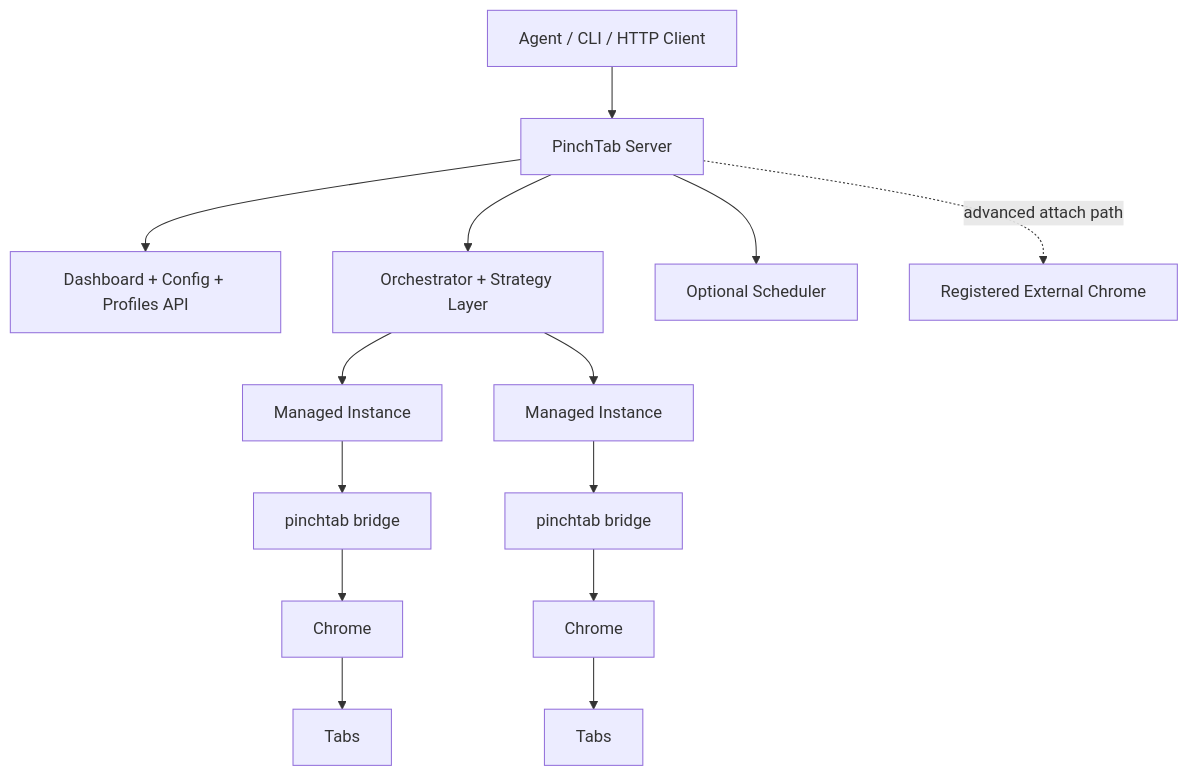
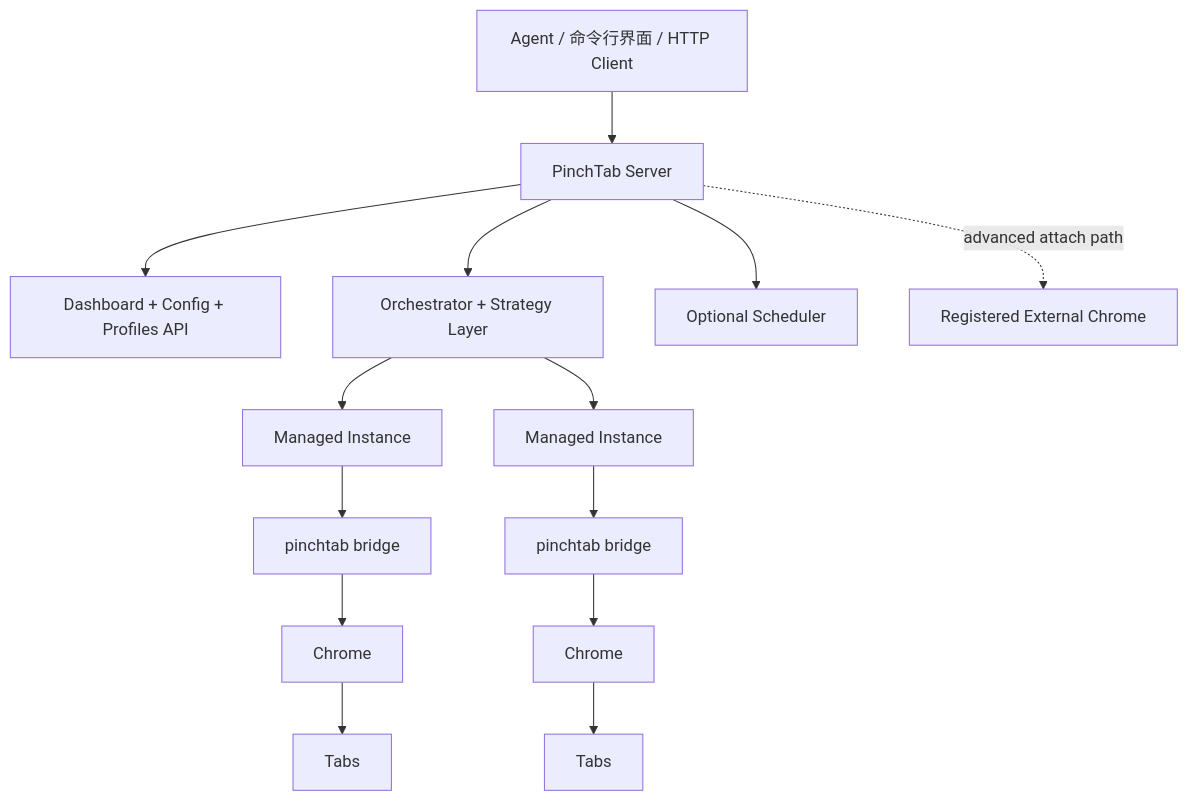
One commit to josephGuo/pinchtab changed the first of 2 diagrams in docs/architecture/index_zh.md. Above: the diagram before and after it, drawn with Mermaid. The commit also changed other lines of this file and 83 other files, not shown here.

````diff
--- a/docs/architecture/index_zh.md
+++ b/docs/architecture/index_zh.md
@@ -27,22 +27,22 @@
 ```mermaid
 flowchart TD
-    A["Agent / CLI / HTTP Client"] --> S["PinchTab Server"]
+    A["Agent / 命令行界面 / HTTP Client"] --> S["PinchTab Server"]
 
     S --> D["Dashboard + Config + Profiles API"]
     S --> O["Orchestrator + Strategy Layer"]
     S --> Q["Optional Scheduler"]
 
     O --> M1["Managed Instance"]
     O --> M2["Managed Instance"]
 
     M1 --> B1["pinchtab bridge"]
     M2 --> B2["pinchtab bridge"]
 
     B1 --> C1["Chrome"]
     B2 --> C2["Chrome"]
 
     C1 --> T1["Tabs"]
     C2 --> T2["Tabs"]
 
     S -. "advanced attach path" .-> E["Registered External Chrome"]
 ```
````
